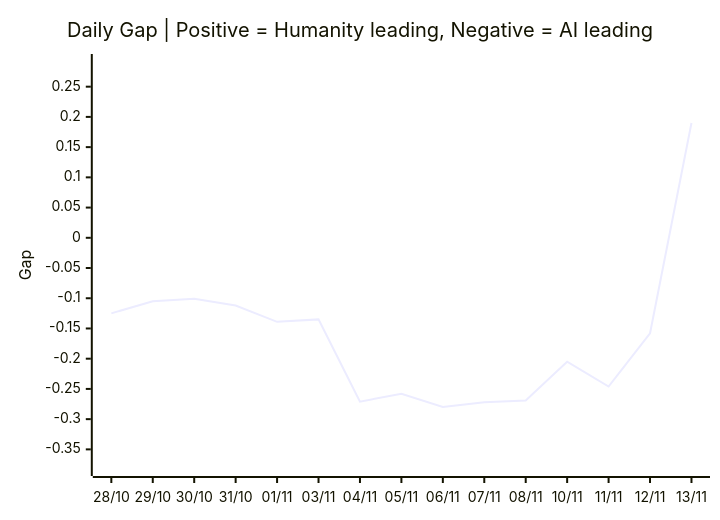
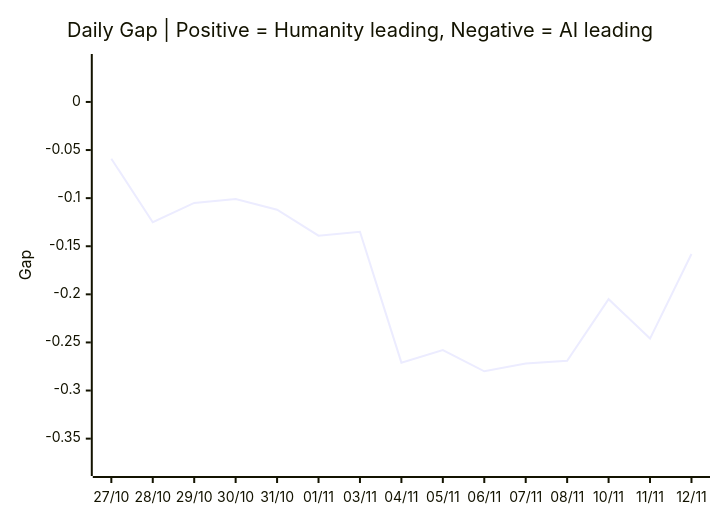
Before and after one commit to VQQLK/Human-AI-Monitor: the third of 3 diagrams in README.md, drawn with Mermaid. The commit also changed other lines of this file and 7 other files, not shown here.

````diff
--- a/README.md
+++ b/README.md
@@ -55,7 +55,7 @@
 ```mermaid
 xychart-beta
     title "Daily Gap | Positive = Humanity leading, Negative = AI leading"
-    x-axis ["28/10", "29/10", "30/10", "31/10", "01/11", "03/11", "04/11", "05/11", "06/11", "07/11", "08/11", "10/11", "11/11", "12/11", "13/11"]
-    y-axis "Gap" -0.380 --> 0.290
-    line [-0.125, -0.105, -0.101, -0.112, -0.139, -0.135, -0.271, -0.258, -0.280, -0.272, -0.269, -0.205, -0.246, -0.158, 0.190]
+    x-axis ["27/10", "28/10", "29/10", "30/10", "31/10", "01/11", "03/11", "04/11", "05/11", "06/11", "07/11", "08/11", "10/11", "11/11", "12/11"]
+    y-axis "Gap" -0.380 --> 0.041
+    line [-0.059, -0.125, -0.105, -0.101, -0.112, -0.139, -0.135, -0.271, -0.258, -0.280, -0.272, -0.269, -0.205, -0.246, -0.158]
 ```
````
